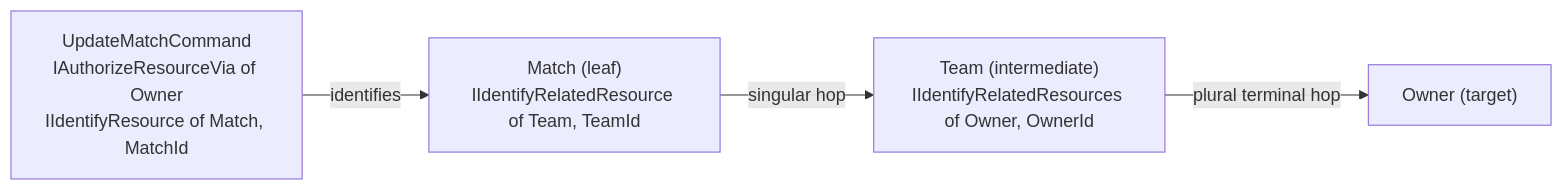
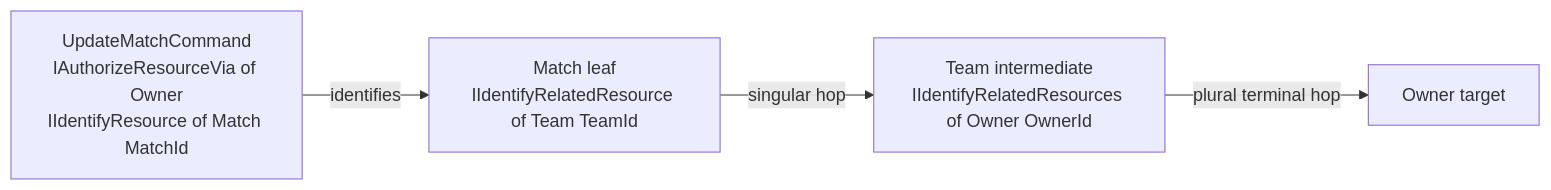
Before and after one commit to xavierjohn/FunctionalDDD: the sixth of 7 diagrams in docs/docfx_project/articles/integration-asp-authorization.md, drawn with Mermaid. The commit also changed other lines of this file, not shown here.

First line of the commit message:
Mermaid: strip commas/semicolons/parens from sequence Notes and message labels; flatten nested alt blocks

````diff
--- a/docs/docfx_project/articles/integration-asp-authorization.md
+++ b/docs/docfx_project/articles/integration-asp-authorization.md
@@ -604,11 +606,11 @@
 ```mermaid
 flowchart LR
-    Cmd["UpdateMatchCommand<br/>IAuthorizeResourceVia of Owner<br/>IIdentifyResource of Match, MatchId"]
-    Match["Match (leaf)<br/>IIdentifyRelatedResource of Team, TeamId"]
-    Team["Team (intermediate)<br/>IIdentifyRelatedResources of Owner, OwnerId"]
-    Owner["Owner (target)"]
+    Cmd["UpdateMatchCommand<br/>IAuthorizeResourceVia of Owner<br/>IIdentifyResource of Match MatchId"]
+    Match["Match leaf<br/>IIdentifyRelatedResource of Team TeamId"]
+    Team["Team intermediate<br/>IIdentifyRelatedResources of Owner OwnerId"]
+    Owner["Owner target"]
 
     Cmd -- identifies --> Match
     Match -- singular hop --> Team
     Team -- plural terminal hop --> Owner
 ```
````
